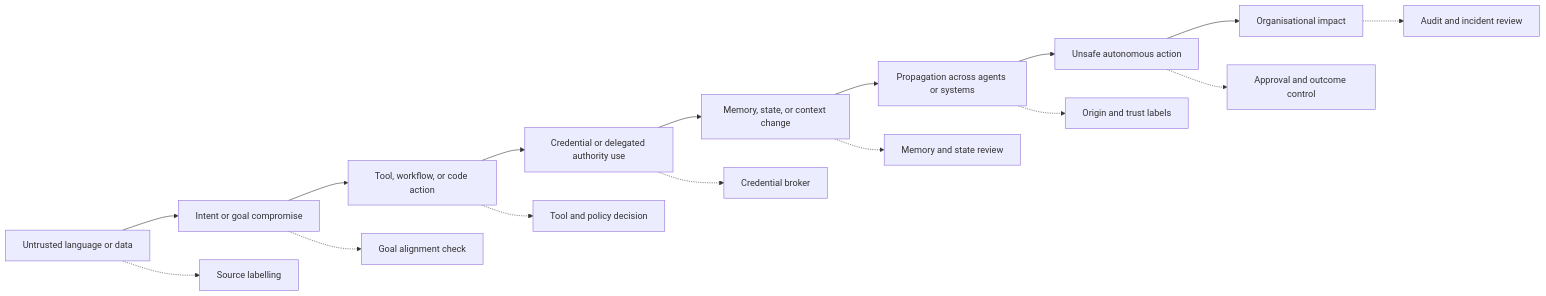
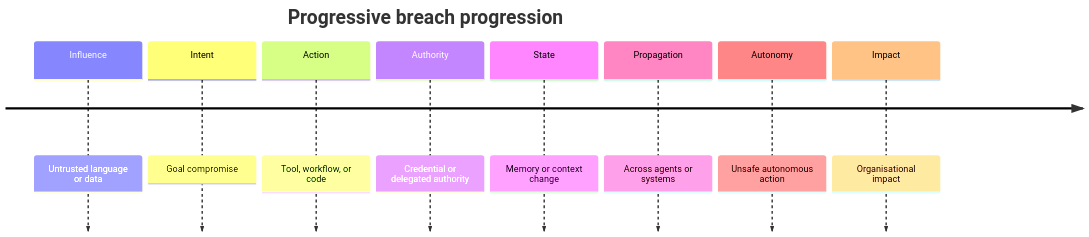
Before and after one commit to natnew/Awesome-Agentic-AI-Security: the diagram in visuals/progressive-breach-model.mmd, drawn with Mermaid. The commit also changed 25 other files, not shown here.

```diff
--- a/visuals/progressive-breach-model.mmd
+++ b/visuals/progressive-breach-model.mmd
@@ -1,17 +1,10 @@
-flowchart LR
-    A[Untrusted language or data] --> B[Intent or goal compromise]
-    B --> C[Tool, workflow, or code action]
-    C --> D[Credential or delegated authority use]
-    D --> E[Memory, state, or context change]
-    E --> F[Propagation across agents or systems]
-    F --> G[Unsafe autonomous action]
-    G --> H[Organisational impact]
-
-    A -.-> A1[Source labelling]
-    B -.-> B1[Goal alignment check]
-    C -.-> C1[Tool and policy decision]
-    D -.-> D1[Credential broker]
-    E -.-> E1[Memory and state review]
-    F -.-> F1[Origin and trust labels]
-    G -.-> G1[Approval and outcome control]
-    H -.-> H1[Audit and incident review]
+timeline
+  title Progressive breach progression
+  Influence : Untrusted language or data
+  Intent : Goal compromise
+  Action : Tool, workflow, or code
+  Authority : Credential or delegated authority
+  State : Memory or context change
+  Propagation : Across agents or systems
+  Autonomy : Unsafe autonomous action
+  Impact : Organisational impact
```
